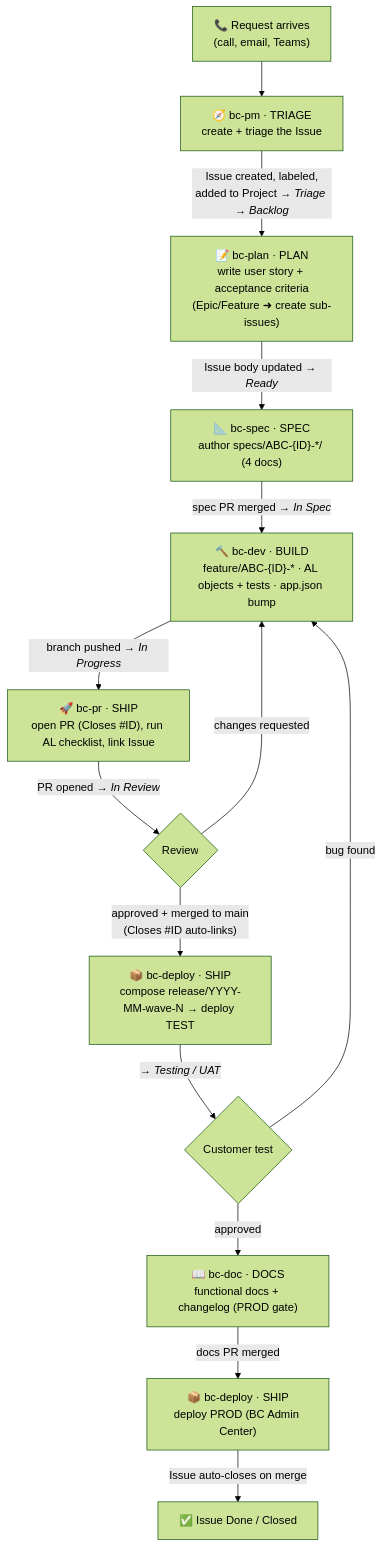
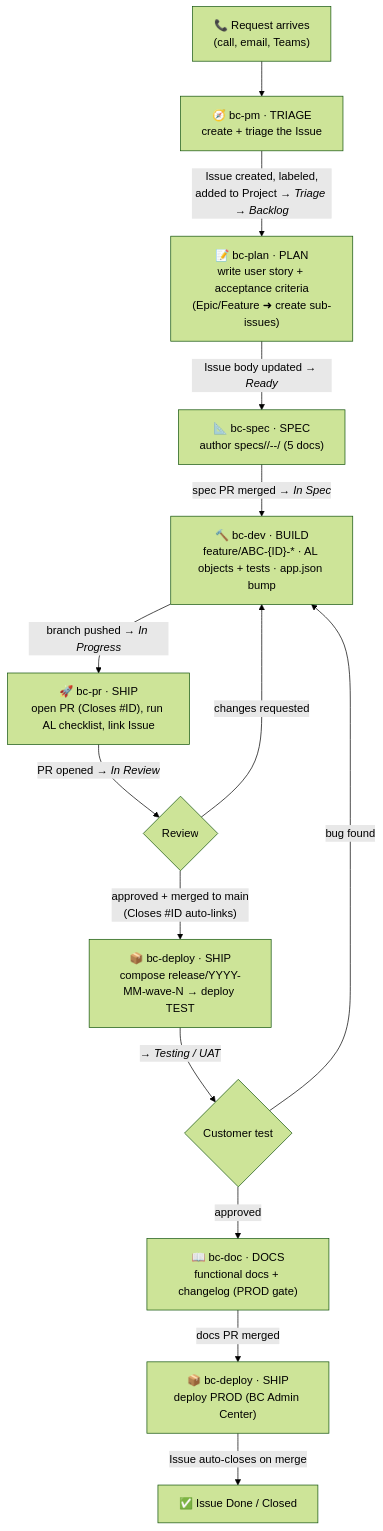
One commit to AlexanderErdelyi/bc-alm-template changed the first of 2 diagrams in README.md. Above: the diagram before and after it, drawn with Mermaid (forest theme). The commit also changed other lines of this file and 35 other files, not shown here.

First line of the commit message:
refactor(specs): reorganize specs by module/functional area

````diff
--- a/README.md
+++ b/README.md
@@ -88,34 +88,34 @@
 ```mermaid
 flowchart TD
     CALL["📞 Request arrives<br/>(call, email, Teams)"] --> PM
 
     PM["🧭 bc-pm · TRIAGE<br/>create + triage the Issue"]
     PM -->|"Issue created, labeled,<br/>added to Project → <i>Triage → Backlog</i>"| PLAN
 
     PLAN["📝 bc-plan · PLAN<br/>write user story + acceptance criteria<br/>(Epic/Feature ➜ create sub-issues)"]
     PLAN -->|"Issue body updated → <i>Ready</i>"| SPEC
 
-    SPEC["📐 bc-spec · SPEC<br/>author specs/ABC-{ID}-*/ (4 docs)"]
+    SPEC["📐 bc-spec · SPEC<br/>author specs/<Area>/<type>-<ID>-<slug>/ (5 docs)"]
     SPEC -->|"spec PR merged → <i>In Spec</i>"| DEV
 
     DEV["🔨 bc-dev · BUILD<br/>feature/ABC-{ID}-* · AL objects + tests · app.json bump"]
     DEV -->|"branch pushed → <i>In Progress</i>"| PR
 
     PR["🚀 bc-pr · SHIP<br/>open PR (Closes #ID), run AL checklist, link Issue"]
     PR -->|"PR opened → <i>In Review</i>"| REVIEW{"Review"}
 
     REVIEW -->|"changes requested"| DEV
     REVIEW -->|"approved + merged to main<br/>(Closes #ID auto-links)"| DEPLOY
 
     DEPLOY["📦 bc-deploy · SHIP<br/>compose release/YYYY-MM-wave-N → deploy TEST"]
     DEPLOY -->|"→ <i>Testing / UAT</i>"| TEST{"Customer test"}
 
     TEST -->|"bug found"| DEV
     TEST -->|"approved"| DOC
 
     DOC["📖 bc-doc · DOCS<br/>functional docs + changelog (PROD gate)"]
     DOC -->|"docs PR merged"| PROD
 
     PROD["📦 bc-deploy · SHIP<br/>deploy PROD (BC Admin Center)"]
     PROD -->|"Issue auto-closes on merge"| DONE["✅ Issue Done / Closed"]
 ```
````
